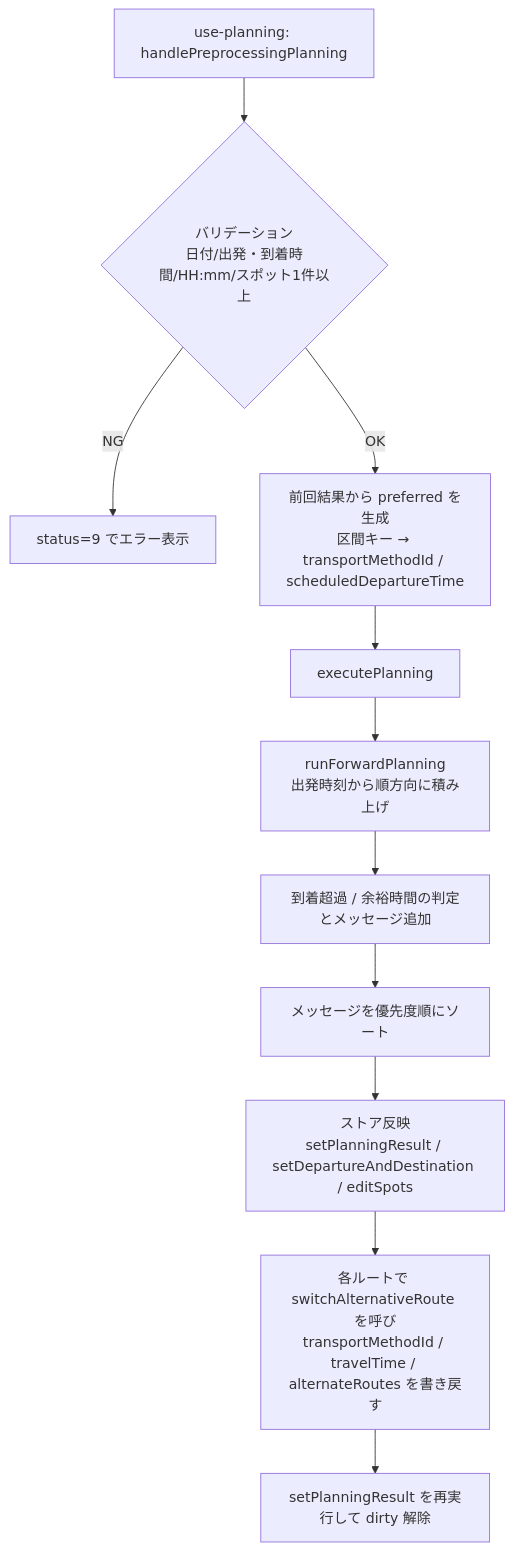
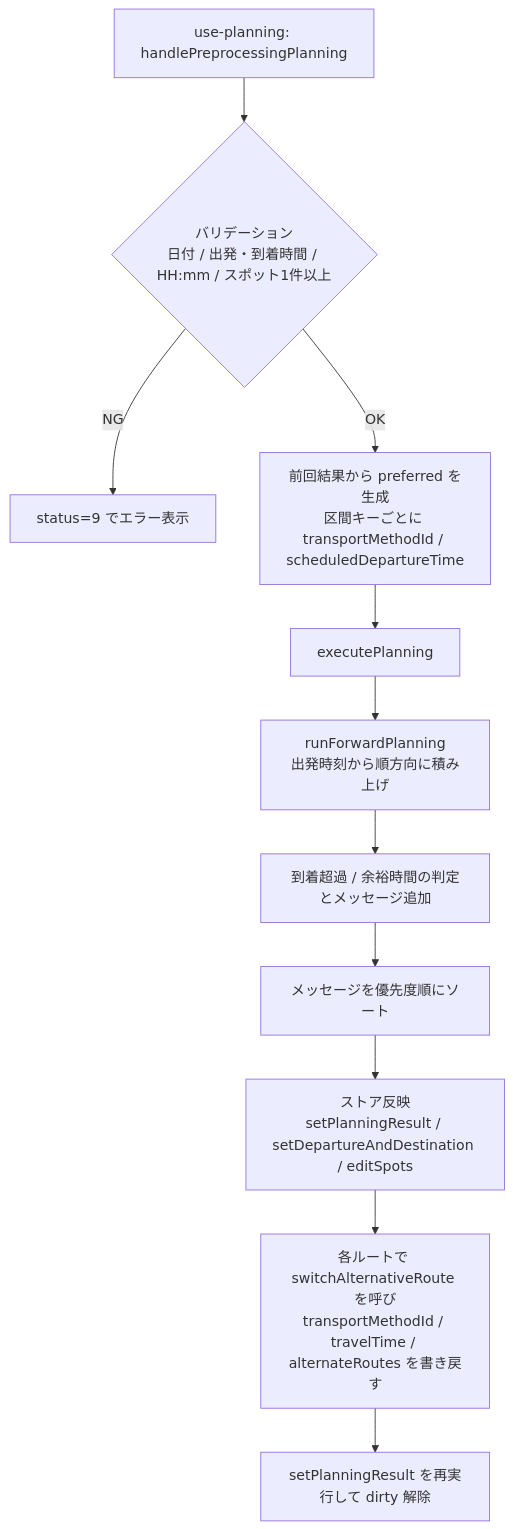
One commit to ju-ki/moptabi changed the first of 2 diagrams in docs/tasks/No.388_プランニングアルゴリズムの見直し_調査報告.md. Above: the diagram before and after it, drawn with Mermaid. The commit also changed other lines of this file, not shown here.

First line of the commit message:
docs: No.388 調査報告にレビューでの決定事項を反映し、mermaid の描画エラーを修正

````diff
--- a/docs/tasks/No.388_プランニングアルゴリズムの見直し_調査報告.md
+++ b/docs/tasks/No.388_プランニングアルゴリズムの見直し_調査報告.md
@@ -51,13 +51,13 @@
 ```mermaid
 flowchart TD
-  A[use-planning: handlePreprocessingPlanning] --> B{バリデーション<br>日付/出発・到着時間/HH:mm/スポット1件以上}
-  B -- NG --> Z[status=9 でエラー表示]
-  B -- OK --> C[前回結果から preferred を生成<br>区間キー → transportMethodId / scheduledDepartureTime]
-  C --> D[executePlanning]
-  D --> E[runForwardPlanning<br>出発時刻から順方向に積み上げ]
-  E --> F[到着超過 / 余裕時間の判定とメッセージ追加]
-  F --> G[メッセージを優先度順にソート]
-  G --> H[ストア反映<br>setPlanningResult / setDepartureAndDestination / editSpots]
-  H --> I[各ルートで switchAlternativeRoute を呼び<br>transportMethodId / travelTime / alternateRoutes を書き戻す]
-  I --> J[setPlanningResult を再実行して dirty 解除]
+  A["use-planning: handlePreprocessingPlanning"] --> B{"バリデーション<br>日付 / 出発・到着時間 / HH:mm / スポット1件以上"}
+  B -- NG --> Z["status=9 でエラー表示"]
+  B -- OK --> C["前回結果から preferred を生成<br>区間キーごとに transportMethodId / scheduledDepartureTime"]
+  C --> D["executePlanning"]
+  D --> E["runForwardPlanning<br>出発時刻から順方向に積み上げ"]
+  E --> F["到着超過 / 余裕時間の判定とメッセージ追加"]
+  F --> G["メッセージを優先度順にソート"]
+  G --> H["ストア反映<br>setPlanningResult / setDepartureAndDestination / editSpots"]
+  H --> I["各ルートで switchAlternativeRoute を呼び<br>transportMethodId / travelTime / alternateRoutes を書き戻す"]
+  I --> J["setPlanningResult を再実行して dirty 解除"]
 ```
````
